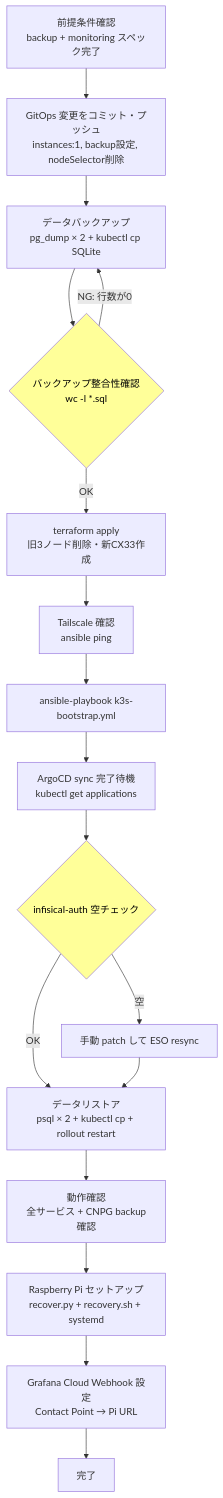
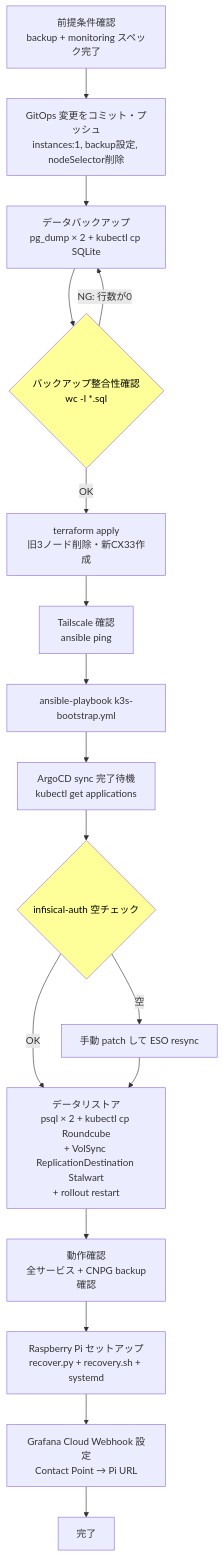
The fourth of 4 diagrams in .kiro/specs/single-node-migration/design.md (aramakisai/aramakisai-infra), drawn with Mermaid before and after one commit. The commit also changed other lines of this file and 2 other files, not shown here.

````diff
--- a/.kiro/specs/single-node-migration/design.md
+++ b/.kiro/specs/single-node-migration/design.md
@@ -456,24 +490,24 @@
 ```mermaid
 flowchart TD
     A[前提条件確認\nbackup + monitoring スペック完了] --> B
     B[GitOps 変更をコミット・プッシュ\ninstances:1, backup設定, nodeSelector削除] --> C
     C[データバックアップ\npg_dump × 2 + kubectl cp SQLite] --> D
     D{バックアップ整合性確認\nwc -l *.sql}
     D -->|NG: 行数が0| C
     D -->|OK| E
     E[terraform apply\n旧3ノード削除・新CX33作成] --> F
     F[Tailscale 確認\nansible ping] --> G
     G[ansible-playbook k3s-bootstrap.yml] --> H
     H[ArgoCD sync 完了待機\nkubectl get applications] --> I
     I{infisical-auth 空チェック}
     I -->|空| J[手動 patch して ESO resync]
     I -->|OK| K
     J --> K
-    K[データリストア\npsql × 2 + kubectl cp + rollout restart] --> L
+    K[データリストア\npsql × 2 + kubectl cp Roundcube\n+ VolSync ReplicationDestination Stalwart\n+ rollout restart] --> L
     L[動作確認\n全サービス + CNPG backup確認] --> M
     M[Raspberry Pi セットアップ\nrecover.py + recovery.sh + systemd] --> N
     N[Grafana Cloud Webhook 設定\nContact Point → Pi URL] --> END[完了]
 
     style D fill:#ff9,color:#000
     style I fill:#ff9,color:#000
 ```
````
